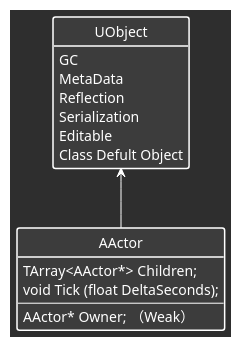
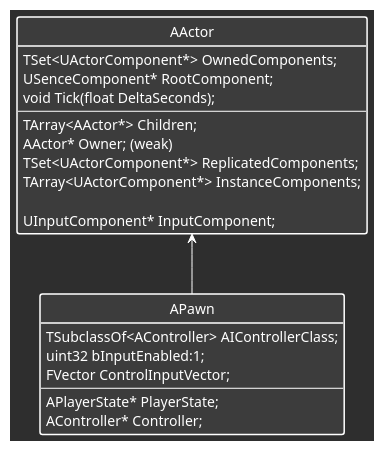
Before and after one commit to Volleier/Obsidian-Vault: the diagram in temp.puml, drawn with PlantUML. The commit also changed 9 other files, not shown here.

```diff
--- a/temp.puml
+++ b/temp.puml
@@ -1,33 +1,44 @@
 @startuml DiagramName
 skinparam backgroundColor #2E2E2E
 skinparam class {
     BackgroundColor #3C3C3C
     ArrowColor White
     BorderColor White
     FontColor White
     AttributeFontColor White
     StereotypeFontColor White
     BorderThickness 1.5
 }
+skinparam note {
+    BackgroundColor #4B4B4B
+    BorderColor White
+    FontColor White
+}
 hide circle
 hide empty members
 hide empty methods
 
-class UObject {
-    GC
-    MetaData
-    Reflection
-    Serialization
-    Editable  
-    Class Defult Object
+class AActor {
+    TSet<UActorComponent*> OwnedComponents;
+    USenceComponent* RootComponent;
+    void Tick(float DeltaSeconds);
+    --
+    TArray<AActor*> Children;
+    AActor* Owner; (weak)
+    TSet<UActorComponent*> ReplicatedComponents;
+    TArray<UActorComponent*> InstanceComponents;
+
+    UInputComponent* InputComponent;
+} 
+
+class APawn {
+    TSubclassOf<AController> AIControllerClass;
+    uint32 bInputEnabled:1;
+    FVector ControlInputVector;
+    --
+    APlayerState* PlayerState;
+    AController* Controller;
 }
 
-class AActor {
-    TArray<AActor*> Children;
-    void Tick (float DeltaSeconds);
-    --
-    AActor* Owner; （Weak）
-}
-
-UObject <-- AActor
+AActor <-- APawn
 @enduml
```
